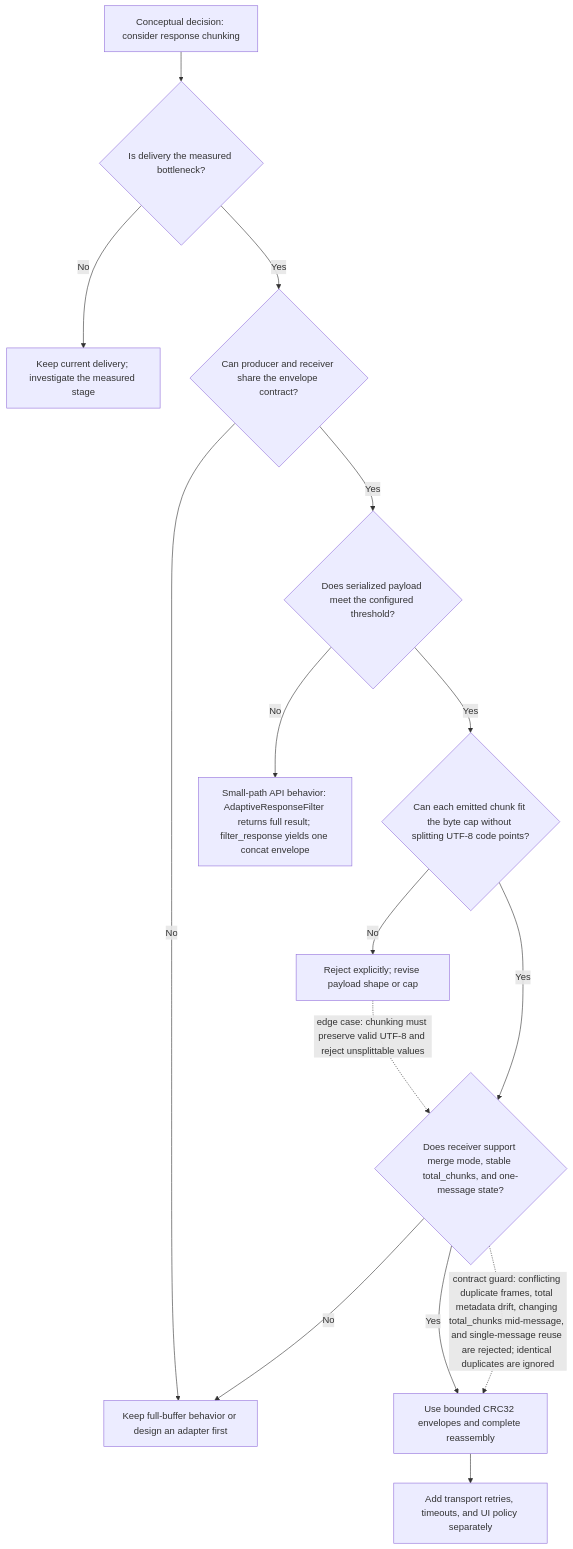
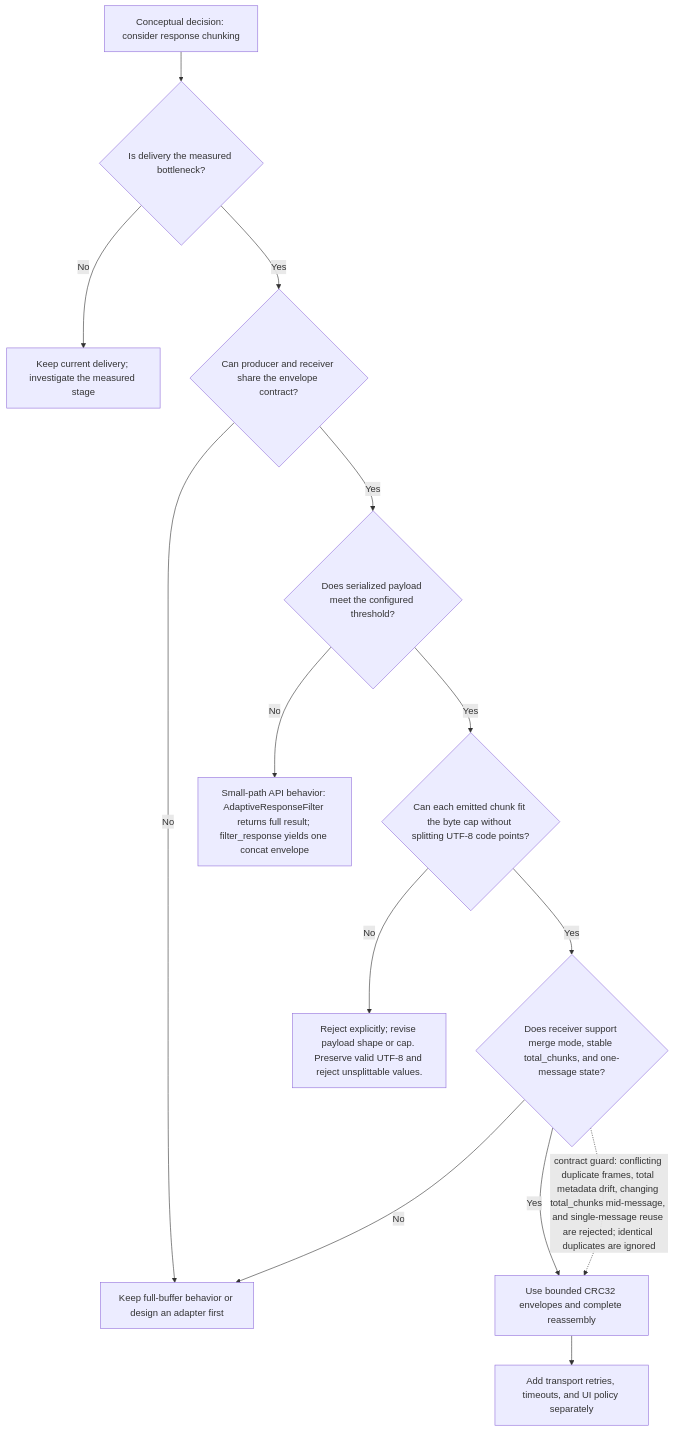
The diagram in diagrams/adaptive-response-delivery/decision-tree.mmd (Hrithikesh-Computer/production-agentic-ai), drawn with Mermaid before and after one commit. The commit also changed 95 other files, not shown here.

```diff
--- a/diagrams/adaptive-response-delivery/decision-tree.mmd
+++ b/diagrams/adaptive-response-delivery/decision-tree.mmd
@@ -1,15 +1,14 @@
 flowchart TD
     A[Conceptual decision: consider response chunking] --> B{Is delivery the measured bottleneck?}
     B -->|No| C[Keep current delivery; investigate the measured stage]
     B -->|Yes| D{Can producer and receiver share the envelope contract?}
     D -->|No| E[Keep full-buffer behavior or design an adapter first]
     D -->|Yes| F{Does serialized payload meet the configured threshold?}
     F -->|No| G[Small-path API behavior: AdaptiveResponseFilter returns full result; filter_response yields one concat envelope]
     F -->|Yes| H{Can each emitted chunk fit the byte cap without splitting UTF-8 code points?}
-    H -->|No| I[Reject explicitly; revise payload shape or cap]
+    H -->|No| I[Reject explicitly; revise payload shape or cap. Preserve valid UTF-8 and reject unsplittable values.]
     H -->|Yes| J{Does receiver support merge mode, stable total_chunks, and one-message state?}
     J -->|No| E
     J -->|Yes| K[Use bounded CRC32 envelopes and complete reassembly]
     K --> L[Add transport retries, timeouts, and UI policy separately]
-    I -. edge case: chunking must preserve valid UTF-8 and reject unsplittable values .-> J
     J -. contract guard: conflicting duplicate frames, total metadata drift, changing total_chunks mid-message, and single-message reuse are rejected; identical duplicates are ignored .-> K
```
